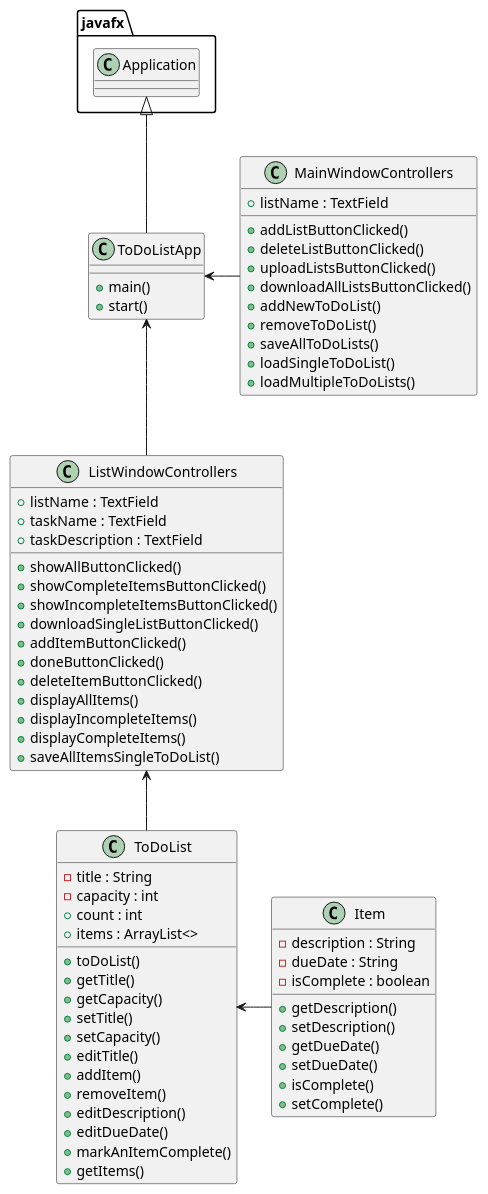
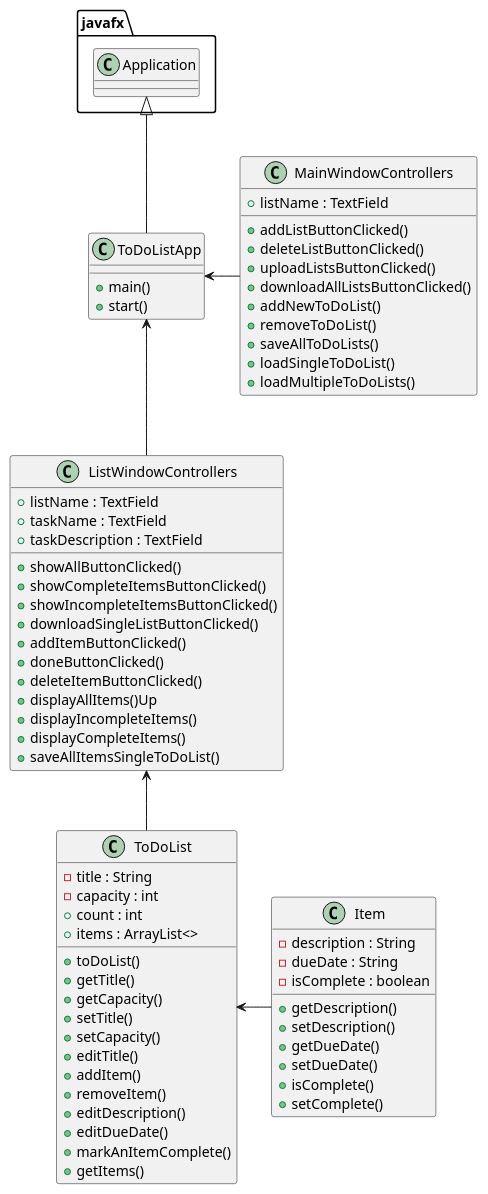
Before and after one commit to Melisac105/cabrera-cop3330-assignment4part2: the diagram in uml/AppDiagram.puml, drawn with PlantUML. The commit also changed 3 other files, not shown here.

```diff
--- a/uml/AppDiagram.puml
+++ b/uml/AppDiagram.puml
@@ -1,81 +1,81 @@
 @startuml
 'https://plantuml.com/sequence-diagram
 
 class ToDoListApp {
     + main()
     + start()
 }
 
 class MainWindowControllers {
     + listName : TextField
 
     + addListButtonClicked()
     + deleteListButtonClicked()
     + uploadListsButtonClicked()
     + downloadAllListsButtonClicked()
     + addNewToDoList()
     + removeToDoList()
     + saveAllToDoLists()
     + loadSingleToDoList()
     + loadMultipleToDoLists()
 }
 
 class ListWindowControllers {
     + listName : TextField
     + taskName : TextField
     + taskDescription : TextField
 
     + showAllButtonClicked()
     + showCompleteItemsButtonClicked()
     + showIncompleteItemsButtonClicked()
     + downloadSingleListButtonClicked()
     + addItemButtonClicked()
     + doneButtonClicked()
     + deleteItemButtonClicked()
-    + displayAllItems()
+    + displayAllItems()Up
     + displayIncompleteItems()
     + displayCompleteItems()
     + saveAllItemsSingleToDoList()
 }
 
 class Item {
     - description : String
     - dueDate : String
     - isComplete : boolean
 
     + getDescription()
     + setDescription()
     + getDueDate()
     + setDueDate()
     + isComplete()
     + setComplete()
 }
 
 class ToDoList {
     - title : String
     - capacity : int
     + count : int
     + items : ArrayList<>
 
     + toDoList()
     + getTitle()
     + getCapacity()
     + setTitle()
     + setCapacity()
     + editTitle()
     + addItem()
     + removeItem()
     + editDescription()
     + editDueDate()
     + markAnItemComplete()
     + getItems()
 }
 
 javafx.Application <|-- ToDoListApp
 
 ToDoListApp <-- ListWindowControllers
 ToDoListApp <- MainWindowControllers
 ToDoList <- Item
 ListWindowControllers <-- ToDoList
 
 @enduml
```
